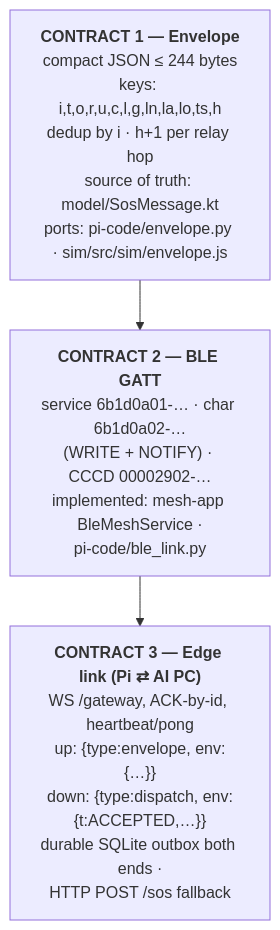
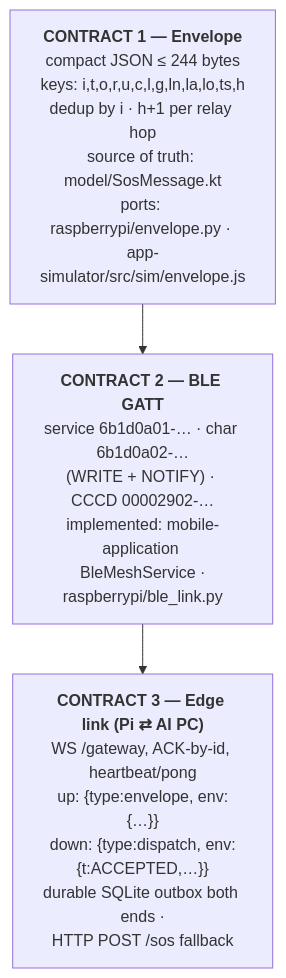
Before and after one commit to SivaNithishKumar/sankat-mochan: the second of 6 diagrams in docs/ARCHITECTURE-DIAGRAM.md, drawn with Mermaid. The commit also changed other lines of this file and 1510 other files, not shown here.

````diff
--- a/docs/ARCHITECTURE-DIAGRAM.md
+++ b/docs/ARCHITECTURE-DIAGRAM.md
@@ -95,7 +95,7 @@
 ```mermaid
 flowchart TB
-    C1["<b>CONTRACT 1 — Envelope</b><br/>compact JSON ≤ 244 bytes<br/>keys: i,t,o,r,u,c,l,g,ln,la,lo,ts,h<br/>dedup by i · h+1 per relay hop<br/>source of truth: model/SosMessage.kt<br/>ports: pi-code/envelope.py · sim/src/sim/envelope.js"]
-    C2["<b>CONTRACT 2 — BLE GATT</b><br/>service 6b1d0a01-… · char 6b1d0a02-…<br/>(WRITE + NOTIFY) · CCCD 00002902-…<br/>implemented: mesh-app BleMeshService ·<br/>pi-code/ble_link.py"]
+    C1["<b>CONTRACT 1 — Envelope</b><br/>compact JSON ≤ 244 bytes<br/>keys: i,t,o,r,u,c,l,g,ln,la,lo,ts,h<br/>dedup by i · h+1 per relay hop<br/>source of truth: model/SosMessage.kt<br/>ports: raspberrypi/envelope.py · app-simulator/src/sim/envelope.js"]
+    C2["<b>CONTRACT 2 — BLE GATT</b><br/>service 6b1d0a01-… · char 6b1d0a02-…<br/>(WRITE + NOTIFY) · CCCD 00002902-…<br/>implemented: mobile-application BleMeshService ·<br/>raspberrypi/ble_link.py"]
     C3["<b>CONTRACT 3 — Edge link (Pi ⇄ AI PC)</b><br/>WS /gateway, ACK-by-id, heartbeat/pong<br/>up: {type:envelope, env:{…}}<br/>down: {type:dispatch, env:{t:ACCEPTED,…}}<br/>durable SQLite outbox both ends ·<br/>HTTP POST /sos fallback"]
     C1 --> C2 --> C3
 ```
````
